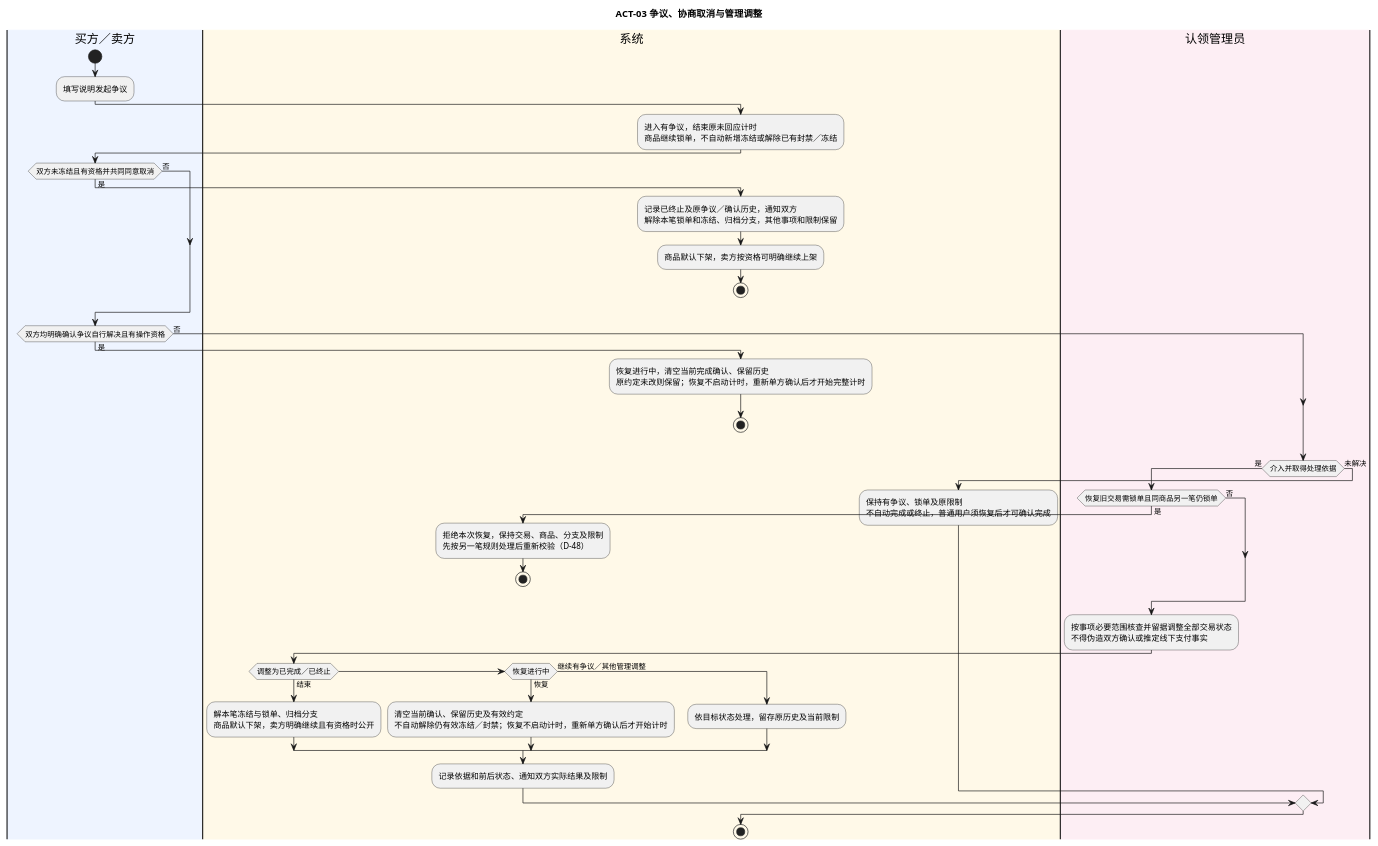
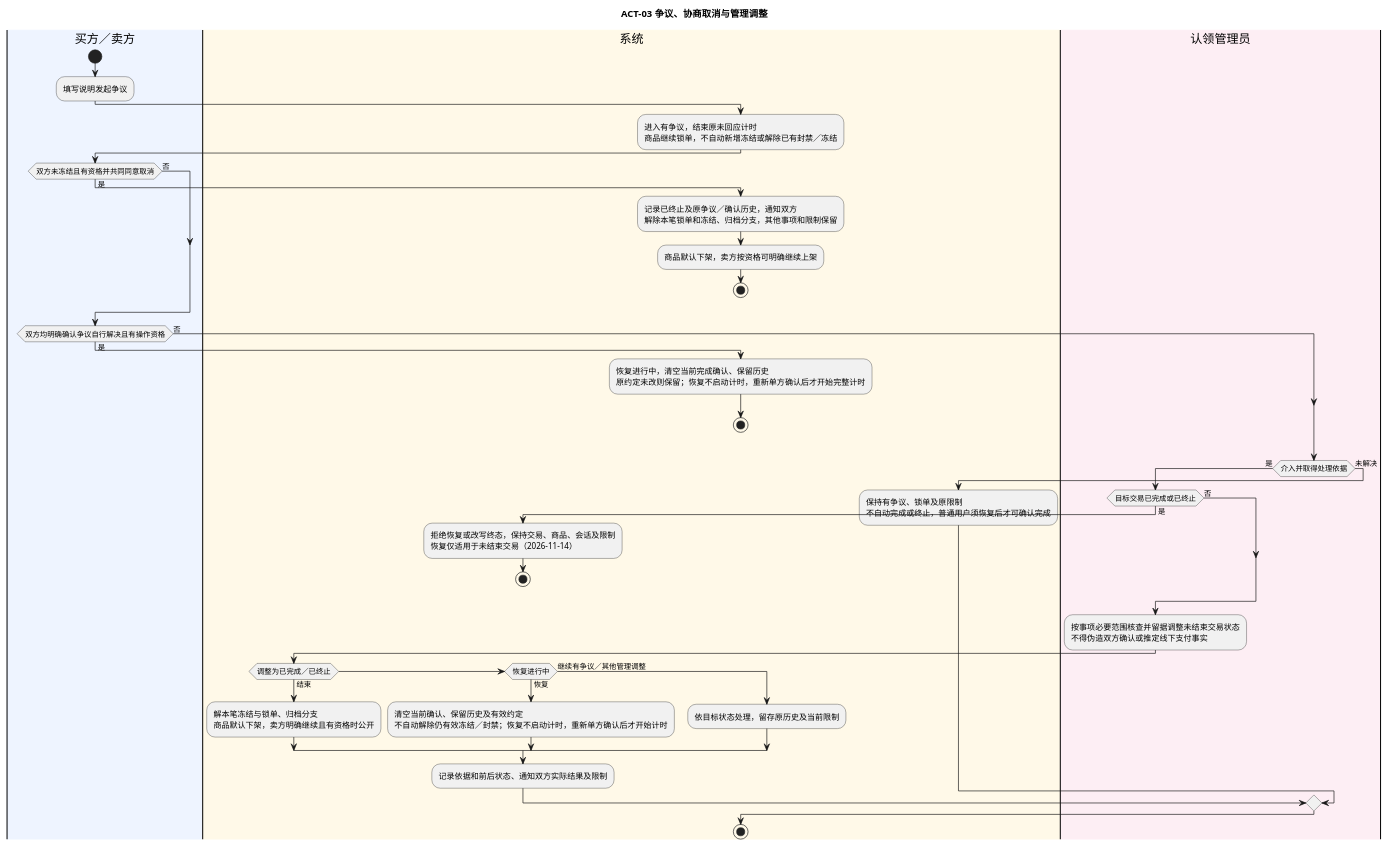
The diagram in docs/appendices/models/ACT-03-交易争议与恢复.puml (iy88/se-course-project-1), drawn with PlantUML before and after one commit. The commit also changed other lines of this file and 47 other files, not shown here.

```diff
--- a/docs/appendices/models/ACT-03-交易争议与恢复.puml
+++ b/docs/appendices/models/ACT-03-交易争议与恢复.puml
@@ -12,49 +12,49 @@
 @startuml ACT-03
 
 skinparam defaultFontName "PingFang SC"
 title ACT-03 争议、协商取消与管理调整
 |#EEF4FF|买方／卖方|
 start
 :填写说明发起争议;
 |#FFF9E8|系统|
 :进入有争议，结束原未回应计时\n商品继续锁单，不自动新增冻结或解除已有封禁／冻结;
 |#EEF4FF|买方／卖方|
 if (双方未冻结且有资格并共同同意取消) then (是)
  |#FFF9E8|系统|
  :记录已终止及原争议／确认历史，通知双方\n解除本笔锁单和冻结、归档分支，其他事项和限制保留;
  :商品默认下架，卖方按资格可明确继续上架;
  stop
 else (否)
 endif
 |#EEF4FF|买方／卖方|
 if (双方均明确确认争议自行解决且有操作资格) then (是)
  |#FFF9E8|系统|
  :恢复进行中，清空当前完成确认、保留历史\n原约定未改则保留；恢复不启动计时，重新单方确认后才开始完整计时;
  stop
 else (否)
 endif
 |#FDEEF4|认领管理员|
 if (介入并取得处理依据) then (是)
-if (恢复旧交易需锁单且同商品另一笔仍锁单) then (是)
+if (目标交易已完成或已终止) then (是)
   |#FFF9E8|系统|
-  :拒绝本次恢复，保持交易、商品、分支及限制\n先按另一笔规则处理后重新校验（D-48）;
+  :拒绝恢复或改写终态，保持交易、商品、会话及限制\n恢复仅适用于未结束交易（2026-11-14）;
   stop
 else (否)
 endif
 |#FDEEF4|认领管理员|
- :按事项必要范围核查并留据调整全部交易状态\n不得伪造双方确认或推定线下支付事实;
+ :按事项必要范围核查并留据调整未结束交易状态\n不得伪造双方确认或推定线下支付事实;
  |#FFF9E8|系统|
  if (调整为已完成／已终止) then (结束)
   :解本笔冻结与锁单、归档分支\n商品默认下架，卖方明确继续且有资格时公开;
  elseif (恢复进行中) then (恢复)
   :清空当前确认、保留历史及有效约定\n不自动解除仍有效冻结／封禁；恢复不启动计时，重新单方确认后才开始计时;
  else (继续有争议／其他管理调整)
   :依目标状态处理，留存原历史及当前限制;
  endif
  :记录依据和前后状态、通知双方实际结果及限制;
 else (未解决)
  |#FFF9E8|系统|
  :保持有争议、锁单及原限制\n不自动完成或终止，普通用户须恢复后才可确认完成;
 endif
 stop
 @enduml
```
